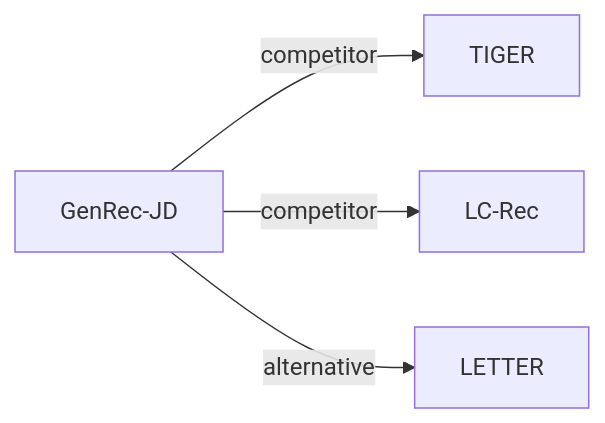
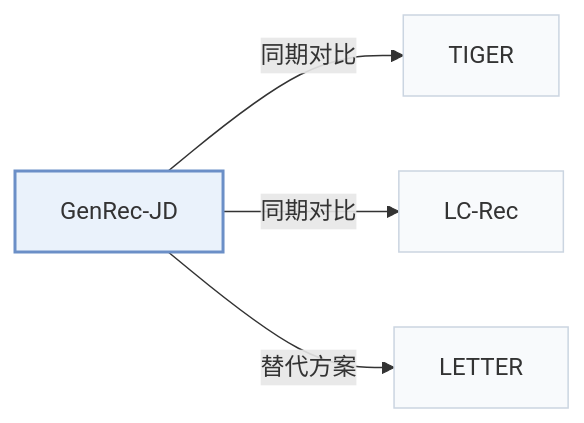
The second of 2 diagrams in pages/zh/papers/genrec-jd.md (Galaxy-ghost/Awesome-SID-Generative-Rec), drawn with Mermaid before and after one commit. The commit also changed other lines of this file and 649 other files, not shown here.

Commit message:
writer-05: also tags and modality index (schema, check, build, visuals); summary field removed; calibration data for 12 papers

````diff
--- a/pages/zh/papers/genrec-jd.md
+++ b/pages/zh/papers/genrec-jd.md
@@ -67,7 +74,11 @@
 ```mermaid
 flowchart LR
     P["GenRec-JD"]
-    P -->|competitor| A["TIGER"]
-    P -->|competitor| B["LC-Rec"]
-    P -->|alternative| C["LETTER"]
+    P -->|"同期对比"| A["TIGER"]
+    P -->|"同期对比"| B["LC-Rec"]
+    P -->|"替代方案"| C["LETTER"]
+    classDef main fill:#eaf2fb,stroke:#6b8fc7,stroke-width:2px
+    classDef peer fill:#f8fafc,stroke:#cbd5e1
+    class P main
+    class A,B,C peer
 ```
````
